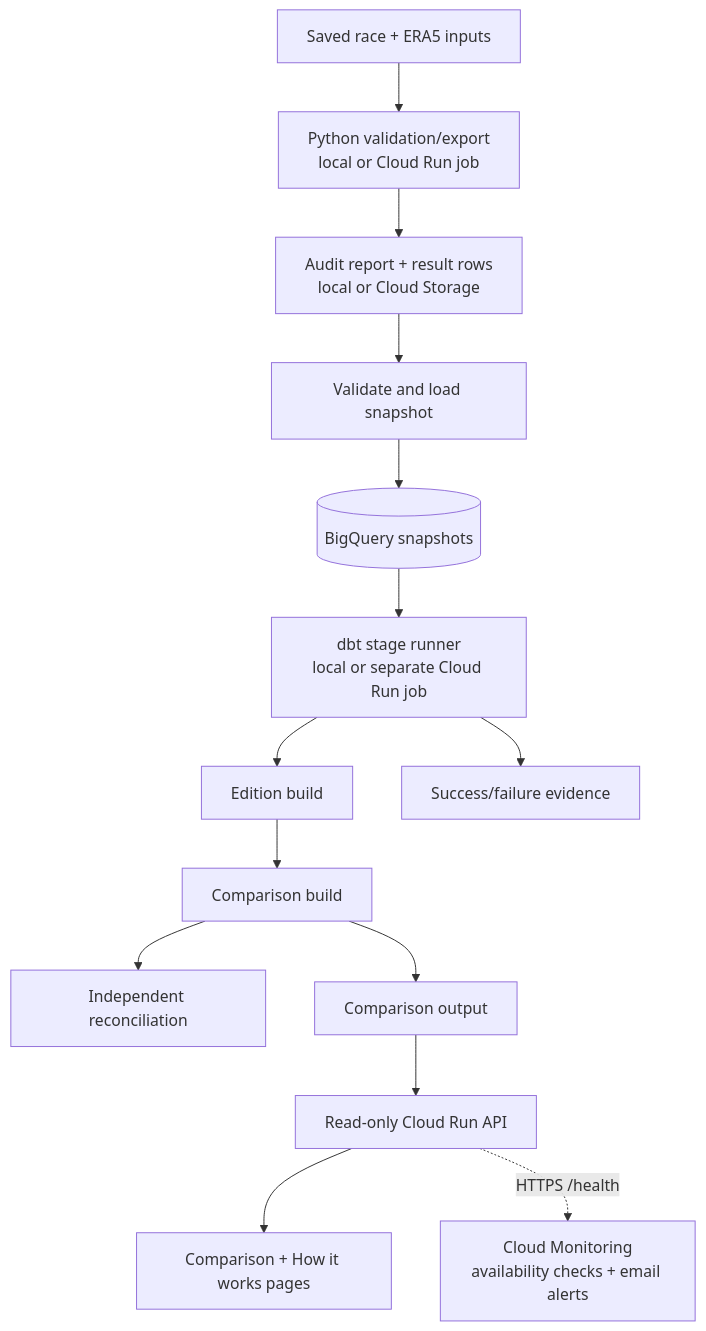
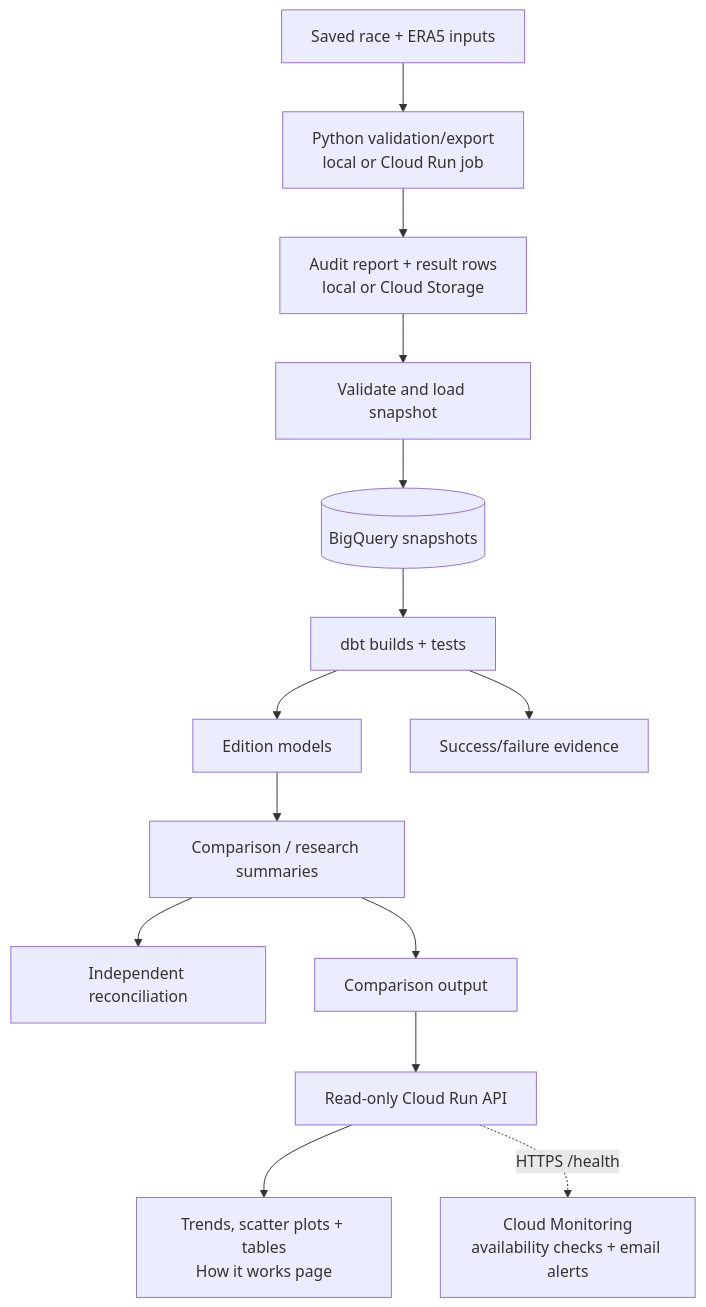
One commit to mifuha/runwx changed the diagram in README.md. Above: the diagram before and after it, drawn with Mermaid. The commit also changed other lines of this file and 7 other files, not shown here.

````diff
--- a/README.md
+++ b/README.md
@@ -57,16 +59,16 @@
 ```mermaid
 flowchart TD
     inputs["Saved race + ERA5 inputs"] --> export["Python validation/export<br/>local or Cloud Run job"]
     export --> artifacts["Audit report + result rows<br/>local or Cloud Storage"]
     artifacts --> loader["Validate and load snapshot"]
     loader --> snapshots[("BigQuery snapshots")]
-    snapshots --> runner["dbt stage runner<br/>local or separate Cloud Run job"]
-    runner --> edition["Edition build"]
-    edition --> comparison["Comparison build"]
+    snapshots --> runner["dbt builds + tests"]
+    runner --> edition["Edition models"]
+    edition --> comparison["Comparison / research summaries"]
     comparison --> reconciliation["Independent reconciliation"]
     comparison --> output["Comparison output"]
     output --> api["Read-only Cloud Run API"]
-    api --> page["Comparison + How it works pages"]
+    api --> page["Trends, scatter plots + tables<br/>How it works page"]
     runner --> evidence["Success/failure evidence"]
     api -. "HTTPS /health" .-> monitoring["Cloud Monitoring<br/>availability checks + email alerts"]
 ```
````
